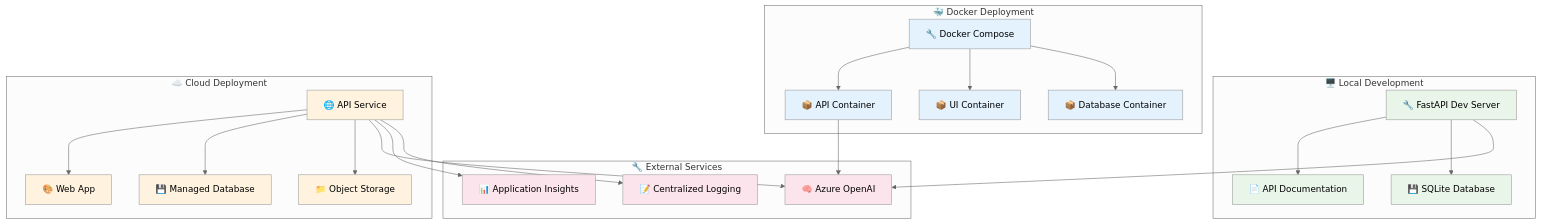
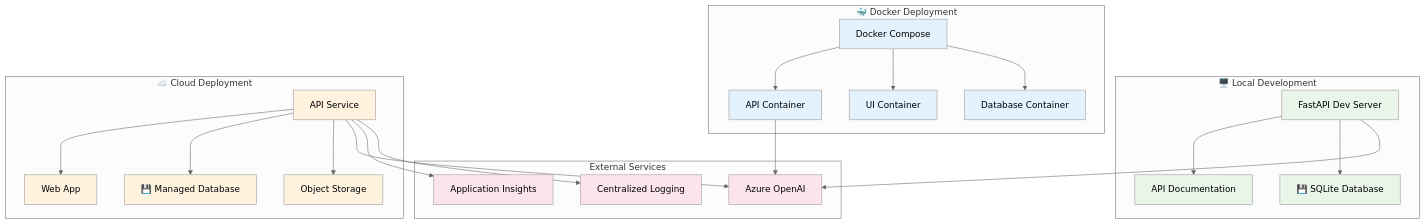
Before and after one commit to the-ingenious-dark-knight/Insight_Ingenious: diagram 11 of 13 in docs/architecture/README.md, drawn with Mermaid (neutral theme). The commit also changed other lines of this file and 23 other files, not shown here.

````diff
--- a/docs/architecture/README.md
+++ b/docs/architecture/README.md
@@ -583,56 +583,56 @@
 ```mermaid
 graph TB
     subgraph "🖥️ Local Development"
-        LOCAL_API[🔧 FastAPI Dev Server]
-        LOCAL_DOCS[📄 API Documentation]
+        LOCAL_API[ FastAPI Dev Server]
+        LOCAL_DOCS[ API Documentation]
         LOCAL_DB[💾 SQLite Database]
     end
 
     subgraph "🐳 Docker Deployment"
-        DOCKER_API[📦 API Container]
-        DOCKER_UI[📦 UI Container]
-        DOCKER_DB[📦 Database Container]
-        DOCKER_COMPOSE[🔧 Docker Compose]
+        DOCKER_API[ API Container]
+        DOCKER_UI[ UI Container]
+        DOCKER_DB[ Database Container]
+        DOCKER_COMPOSE[ Docker Compose]
     end
 
     subgraph "☁️ Cloud Deployment"
-        CLOUD_API[🌐 API Service]
-        CLOUD_UI[🎨 Web App]
+        CLOUD_API[ API Service]
+        CLOUD_UI[ Web App]
         CLOUD_DB[💾 Managed Database]
-        CLOUD_STORAGE[📁 Object Storage]
+        CLOUD_STORAGE[ Object Storage]
     end
 
-    subgraph "🔧 External Services"
-        AZURE_OPENAI[🧠 Azure OpenAI]
-        MONITORING[📊 Application Insights]
-        LOGGING[📝 Centralized Logging]
+    subgraph " External Services"
+        AZURE_OPENAI[ Azure OpenAI]
+        MONITORING[ Application Insights]
+        LOGGING[ Centralized Logging]
     end
 
     LOCAL_API --> LOCAL_DOCS
     LOCAL_API --> LOCAL_DB
 
     DOCKER_COMPOSE --> DOCKER_API
     DOCKER_COMPOSE --> DOCKER_UI
     DOCKER_COMPOSE --> DOCKER_DB
 
     CLOUD_API --> CLOUD_UI
     CLOUD_API --> CLOUD_DB
     CLOUD_API --> CLOUD_STORAGE
 
     LOCAL_API --> AZURE_OPENAI
     DOCKER_API --> AZURE_OPENAI
     CLOUD_API --> AZURE_OPENAI
 
     CLOUD_API --> MONITORING
     CLOUD_API --> LOGGING
 
     classDef local fill:#e8f5e8
     classDef docker fill:#e3f2fd
     classDef cloud fill:#fff3e0
     classDef external fill:#fce4ec
 
     class LOCAL_API,LOCAL_DOCS,LOCAL_DB local
     class DOCKER_API,DOCKER_UI,DOCKER_DB,DOCKER_COMPOSE docker
     class CLOUD_API,CLOUD_UI,CLOUD_DB,CLOUD_STORAGE cloud
     class AZURE_OPENAI,MONITORING,LOGGING external
 ```
````
